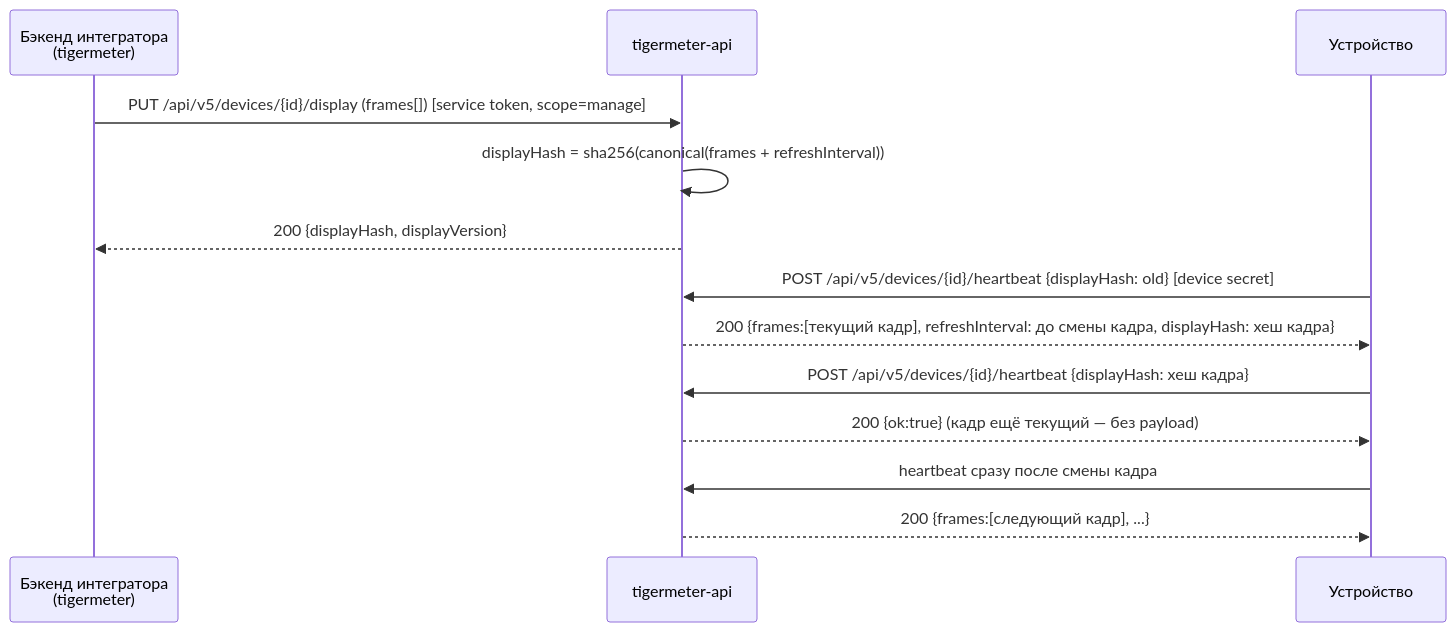
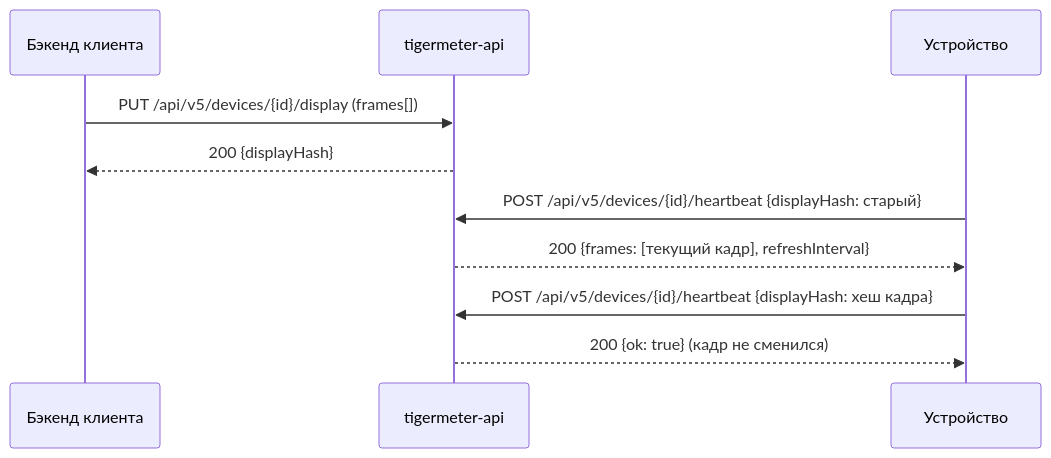
One commit to rd1-io/tigermeter-api changed the diagram in README.md. Above: the diagram before and after it, drawn with Mermaid. The commit also changed other lines of this file, not shown here.

````diff
--- a/README.md
+++ b/README.md
@@ -31,15 +26,12 @@
 ```mermaid
 sequenceDiagram
-    participant Cust as Бэкенд интегратора<br/>(tigermeter)
+    participant Cust as Бэкенд клиента
     participant API as tigermeter-api
     participant Device as Устройство
-    Cust->>API: PUT /api/v5/devices/{id}/display (frames[])  [service token, scope=manage]
-    API->>API: displayHash = sha256(canonical(frames + refreshInterval))
-    API-->>Cust: 200 {displayHash, displayVersion}
-    Device->>API: POST /api/v5/devices/{id}/heartbeat {displayHash: old}  [device secret]
-    API-->>Device: 200 {frames:[текущий кадр], refreshInterval: до смены кадра, displayHash: хеш кадра}
+    Cust->>API: PUT /api/v5/devices/{id}/display (frames[])
+    API-->>Cust: 200 {displayHash}
+    Device->>API: POST /api/v5/devices/{id}/heartbeat {displayHash: старый}
+    API-->>Device: 200 {frames: [текущий кадр], refreshInterval}
     Device->>API: POST /api/v5/devices/{id}/heartbeat {displayHash: хеш кадра}
-    API-->>Device: 200 {ok:true}  (кадр ещё текущий — без payload)
-    Device->>API: heartbeat сразу после смены кадра
-    API-->>Device: 200 {frames:[следующий кадр], ...}
+    API-->>Device: 200 {ok: true}  (кадр не сменился)
 ```
````
